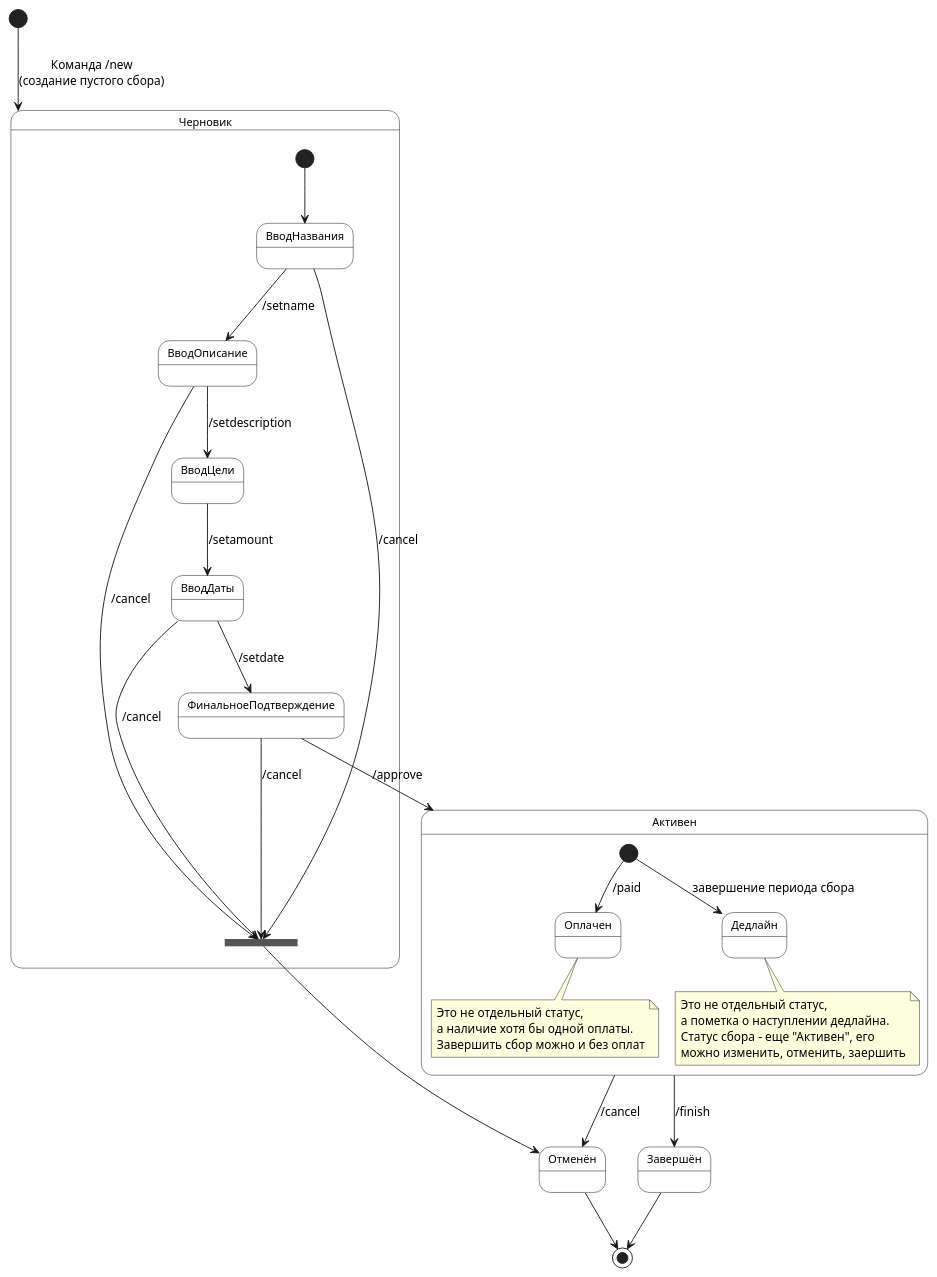
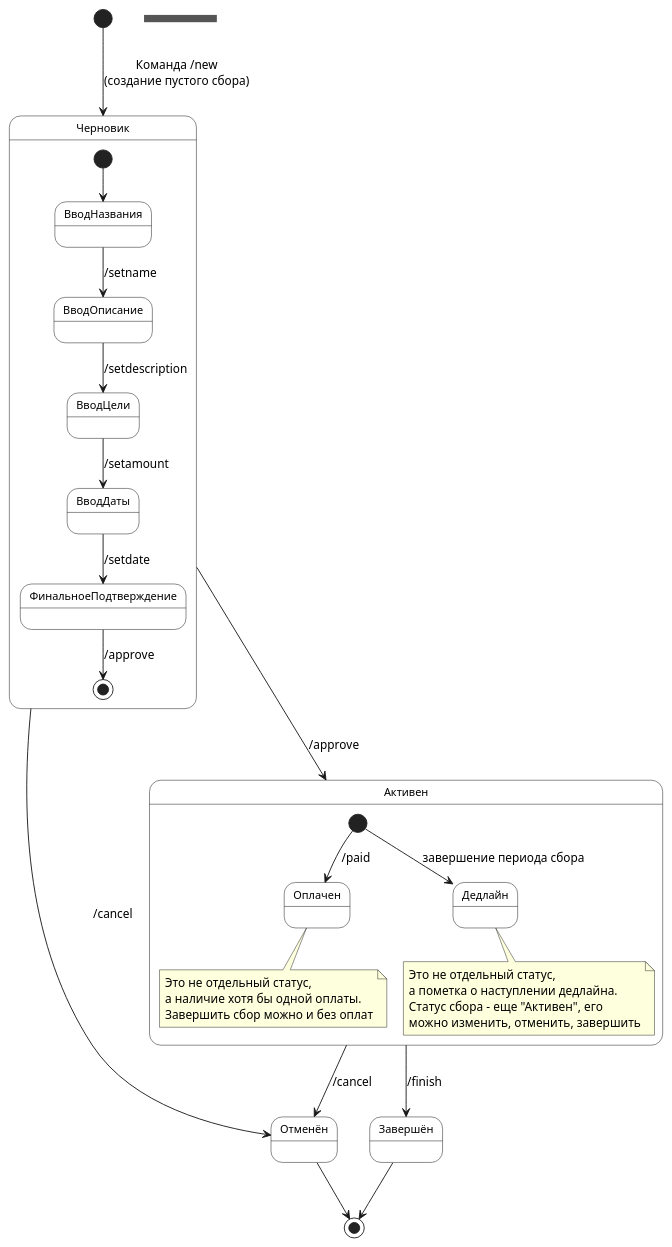
Before and after one commit to Darqqling/group-gather-bot: the diagram in PlantUML/Collective state.puml, drawn with PlantUML.

Commit message:
Сохранила диаграмму состояний

```diff
--- a/PlantUML/Collective state.puml
+++ b/PlantUML/Collective state.puml
@@ -1,53 +1,50 @@
 @startuml
 ' Диаграмма состояний одного сбора
 
 ' Устанавливаем стиль отображения
 skinparam state {
   BackgroundColor White
   BorderColor Black
   FontSize 12
 }
 
 ' Начальное состояние
 [*] --> Черновик : Команда /new\n(создание пустого сбора)
 ' Комментарий: Когда пользователь запускает /new, создаётся черновой сбор с chat_id, user_id и датой создания
 
 state Черновик {
 
   [*] --> ВводНазвания
   ВводНазвания --> ВводОписание : /setname
   ВводОписание --> ВводЦели : /setdescription
   ВводЦели --> ВводДаты : /setamount
   ВводДаты --> ФинальноеПодтверждение : /setdate
+ФинальноеПодтверждение --> [*] : /approve
 
 
+}
 state fork_cancel <<fork>>
-}
   ' Команда отмены создания (или кнопка "отменить создание")
-  ВводНазвания --> fork_cancel : /cancel
-  ВводОписание --> fork_cancel : /cancel
-  ВводДаты --> fork_cancel : /cancel
-  ФинальноеПодтверждение --> fork_cancel : /cancel
-  fork_cancel --> Отменён
+  Черновик --> Отменён : /cancel
 
-ФинальноеПодтверждение --> Активен : /approve
+Черновик --> Активен : /approve
 
 state Активен {
 [*] --> Оплачен : /paid
 note bottom of Оплачен : Это не отдельный статус, \nа наличие хотя бы одной оплаты. \nЗавершить сбор можно и без оплат
 
 [*] --> Дедлайн : завершение периода сбора
-note bottom of Дедлайн : Это не отдельный статус, \nа пометка о наступлении дедлайна. \nСтатус сбора - еще "Активен", его \nможно изменить, отменить, заершить
+note bottom of Дедлайн : Это не отдельный статус, \nа пометка о наступлении дедлайна. \nСтатус сбора - еще "Активен", его \nможно изменить, отменить, завершить
 }
 ' Комментарий: После ввода всех параметров сбор становится активным
 Активен --> Завершён : /finish
 Активен --> Отменён : /cancel
 
 
 
 ' Комментарий: Завершённый или отменённый сбор нельзя больше редактировать или оплачивать
 Завершён --> [*]
 Отменён --> [*]
 
 
 @enduml
```
